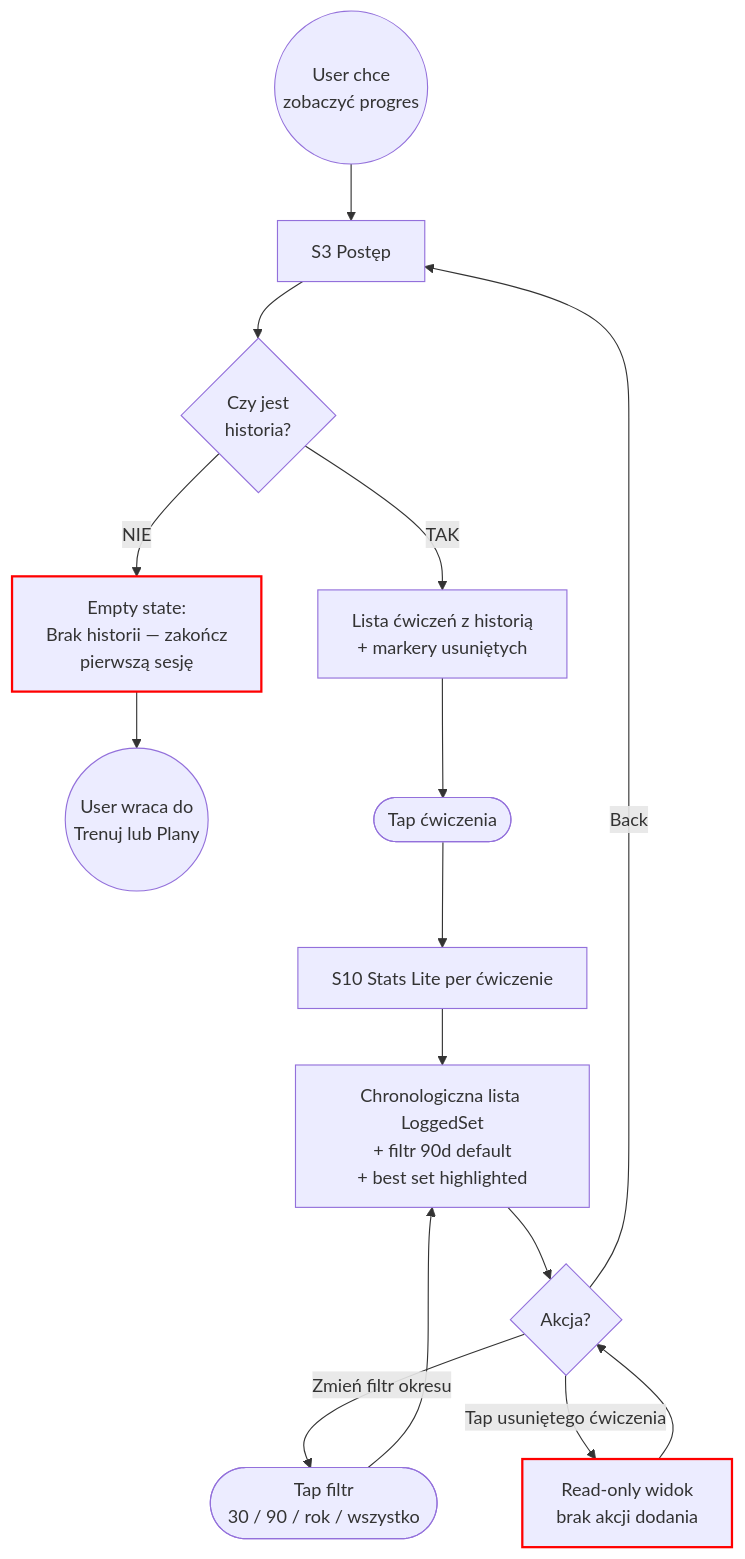
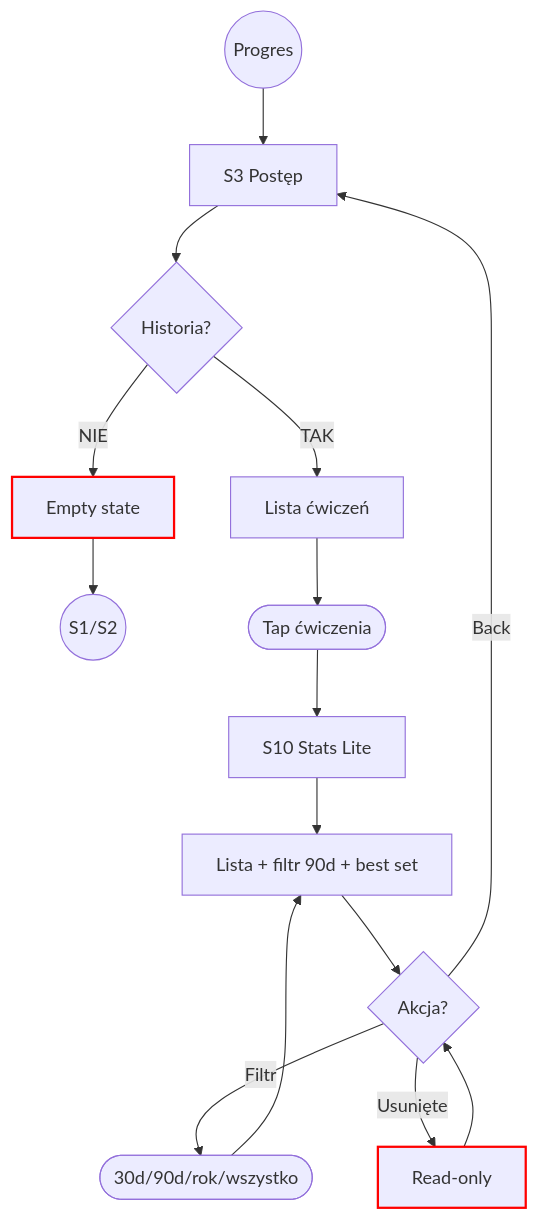
One commit to KrzysiekPorwol/PainZone_2.0 changed the fifth of 5 diagrams in docs/03-flows.md. Above: the diagram before and after it, drawn with Mermaid. The commit also changed other lines of this file and 5 other files, not shown here.

````diff
--- a/docs/03-flows.md
+++ b/docs/03-flows.md
@@ -346,20 +193,16 @@
 ```mermaid
 flowchart TD
-    Start((User chce<br/>zobaczyć progres)) --> S3[S3 Postęp]
-    S3 --> Decision1{Czy jest<br/>historia?}
-    Decision1 -->|NIE| EmptyState[Empty state:<br/>Brak historii — zakończ<br/>pierwszą sesję]
-    EmptyState --> End1((User wraca do<br/>Trenuj lub Plany))
-    Decision1 -->|TAK| ListEx[Lista ćwiczeń z historią<br/>+ markery usuniętych]
-    ListEx --> ActionTap([Tap ćwiczenia])
-    ActionTap --> S10[S10 Stats Lite per ćwiczenie]
-    S10 --> Render[Chronologiczna lista LoggedSet<br/>+ filtr 90d default<br/>+ best set highlighted]
-    Render --> Decision2{Akcja?}
-    Decision2 -->|Zmień filtr okresu| ActionFilter([Tap filtr<br/>30 / 90 / rok / wszystko])
-    Decision2 -->|Back| S3
-    Decision2 -->|Tap usuniętego ćwiczenia| ReadOnly[Read-only widok<br/>brak akcji dodania]
-    ActionFilter --> Render
-    ReadOnly --> Decision2
+    Start((Progres)) --> S3[S3 Postęp]
+    S3 --> D1{Historia?}
+    D1 -->|NIE| Empty[Empty state] --> End((S1/S2))
+    D1 -->|TAK| List[Lista ćwiczeń]
+    List --> Tap([Tap ćwiczenia]) --> S10[S10 Stats Lite]
+    S10 --> Render[Lista + filtr 90d + best set]
+    Render --> D2{Akcja?}
+    D2 -->|Filtr| Filter([30d/90d/rok/wszystko]) --> Render
+    D2 -->|Back| S3
+    D2 -->|Usunięte| RO[Read-only] --> D2
 
     classDef errorState stroke:#f00,stroke-width:2px
-    class EmptyState,ReadOnly errorState
+    class Empty,RO errorState
 ```
````
